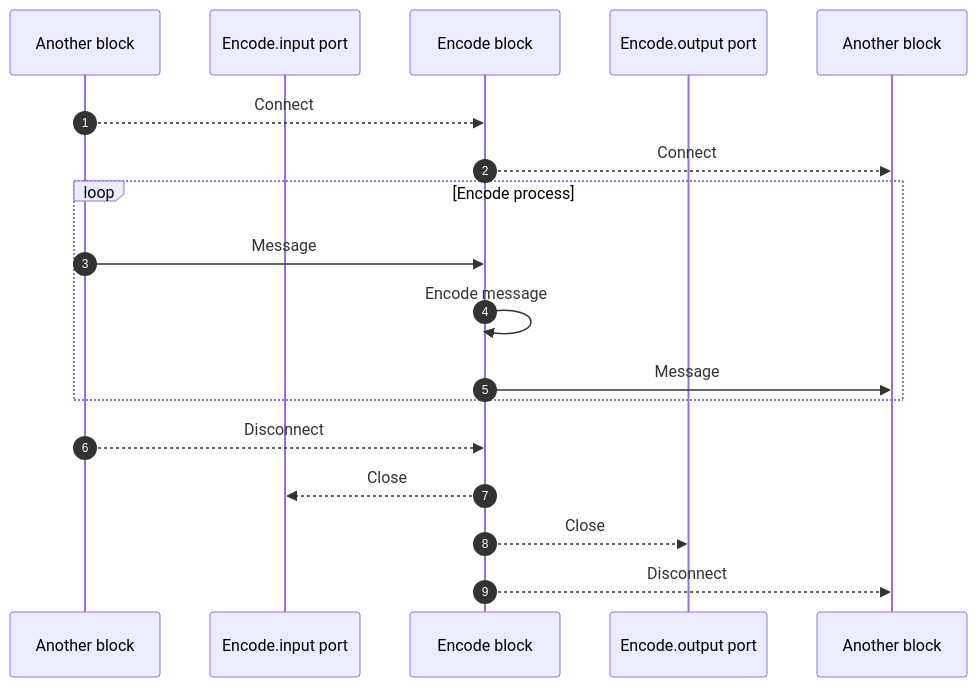
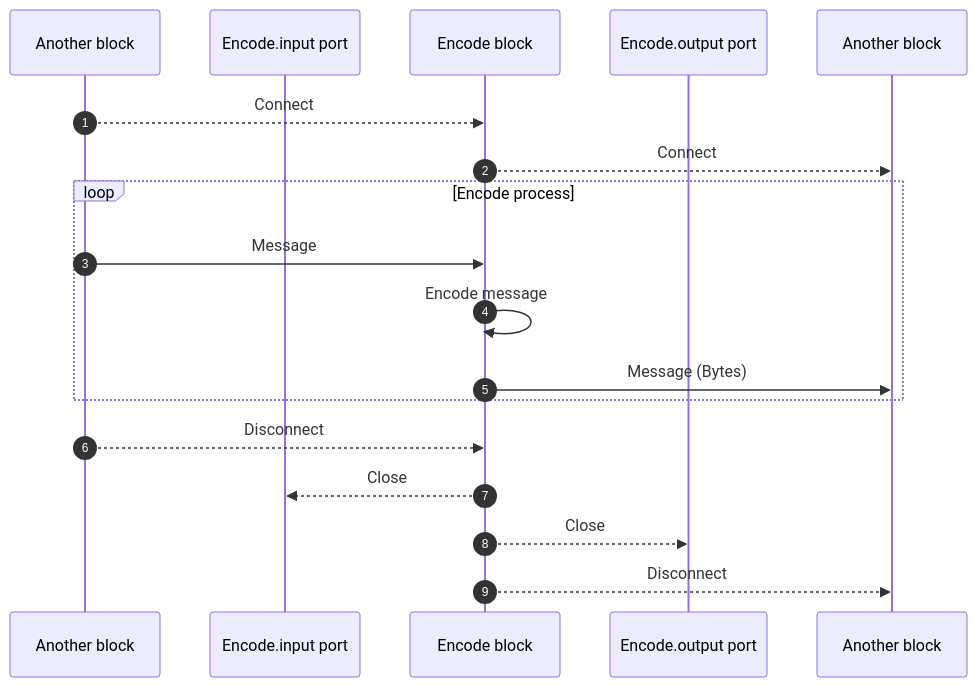
The diagram in lib/protoflow-blocks/doc/io/encode.seq.mmd (AsimovPlatform/protoflow), drawn with Mermaid before and after one commit. The commit also changed 12 other files, not shown here.

Commit message:
Implement an `EncodeJSON` block.

```diff
--- a/lib/protoflow-blocks/doc/io/encode.seq.mmd
+++ b/lib/protoflow-blocks/doc/io/encode.seq.mmd
@@ -1,21 +1,21 @@
 sequenceDiagram
     autonumber
     participant BlockA as Another block
     participant Encode.input as Encode.input port
     participant Encode as Encode block
     participant Encode.output as Encode.output port
     participant BlockB as Another block
 
     BlockA-->>Encode: Connect
     Encode-->>BlockB: Connect
 
     loop Encode process
         BlockA->>Encode: Message
         Encode->>Encode: Encode message
-        Encode->>BlockB: Message
+        Encode->>BlockB: Message (Bytes)
     end
 
     BlockA-->>Encode: Disconnect
     Encode-->>Encode.input: Close
     Encode-->>Encode.output: Close
     Encode-->>BlockB: Disconnect
```
